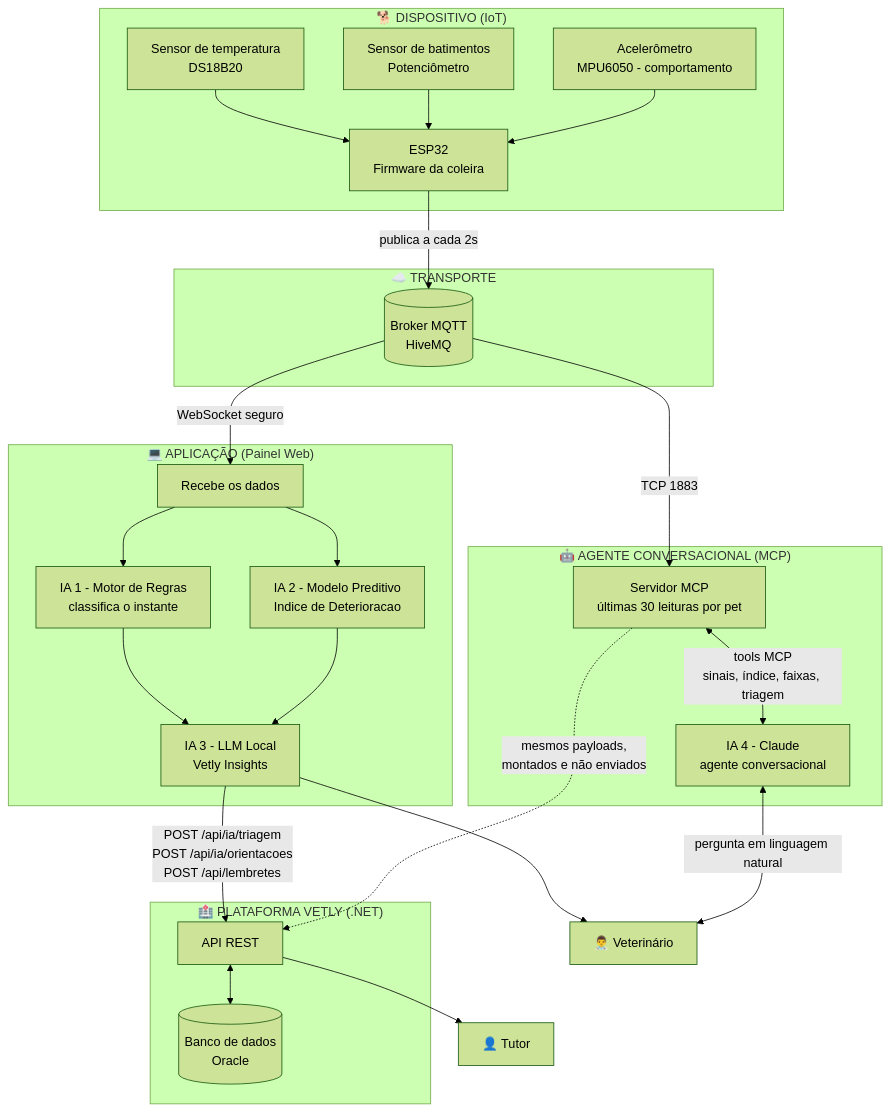
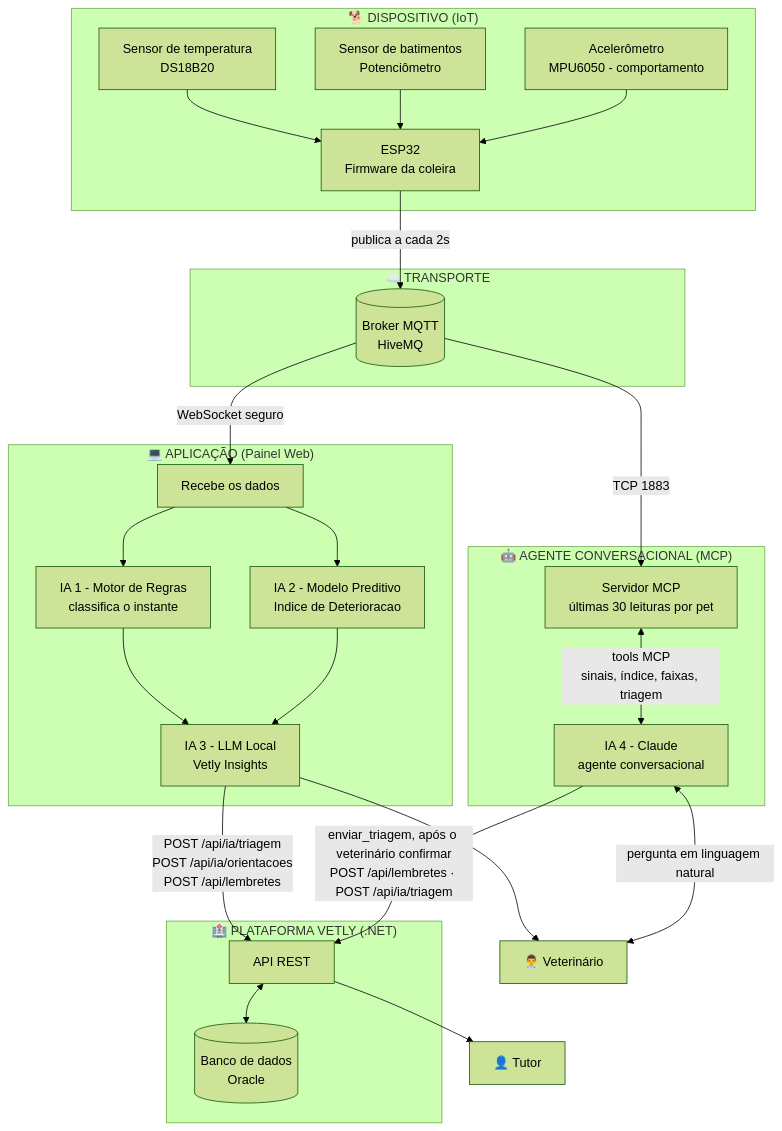
Before and after one commit to challenge-vetly/vetly-iot: the first of 3 diagrams in README.md, drawn with Mermaid (forest theme). The commit also changed other lines of this file and 1 other file, not shown here.

Commit message:
docs: integração com a API .NET e o Oracle, com a evidência da execução real

````diff
--- a/README.md
+++ b/README.md
@@ -79,51 +79,51 @@
 ```mermaid
 flowchart TB
     subgraph DISPOSITIVO["🐕 DISPOSITIVO (IoT)"]
         S1[Sensor de temperatura<br/>DS18B20]
         S2[Sensor de batimentos<br/>Potenciômetro]
         S3[Acelerômetro<br/>MPU6050 - comportamento]
         ESP[ESP32<br/>Firmware da coleira]
         S1 --> ESP
         S2 --> ESP
         S3 --> ESP
     end
 
     subgraph NUVEM["☁️ TRANSPORTE"]
         MQTT[(Broker MQTT<br/>HiveMQ)]
     end
 
     subgraph APP["💻 APLICAÇÃO (Painel Web)"]
         REC[Recebe os dados]
         IA1[IA 1 - Motor de Regras<br/>classifica o instante]
         IA2[IA 2 - Modelo Preditivo<br/>Indice de Deterioracao]
         IA3[IA 3 - LLM Local<br/>Vetly Insights]
         REC --> IA1
         REC --> IA2
         IA1 --> IA3
         IA2 --> IA3
     end
 
     subgraph AGENTE["🤖 AGENTE CONVERSACIONAL (MCP)"]
         MCPS[Servidor MCP<br/>últimas 30 leituras por pet]
         IA4[IA 4 - Claude<br/>agente conversacional]
         MCPS <-->|tools MCP<br/>sinais, índice, faixas, triagem| IA4
     end
 
     subgraph BACKEND["🏥 PLATAFORMA VETLY (.NET)"]
         API[API REST]
         DB[(Banco de dados<br/>Oracle)]
         API <--> DB
     end
 
     ESP -->|publica a cada 2s| MQTT
     MQTT -->|WebSocket seguro| REC
     MQTT -->|TCP 1883| MCPS
     IA3 -->|POST /api/ia/triagem<br/>POST /api/ia/orientacoes<br/>POST /api/lembretes| API
-    MCPS -.->|mesmos payloads,<br/>montados e não enviados| API
+    IA4 -->|enviar_triagem, após o veterinário confirmar<br/>POST /api/lembretes · POST /api/ia/triagem| API
 
     VET[👨‍⚕️ Veterinário]
     TUT[👤 Tutor]
     IA3 --> VET
     IA4 <-->|pergunta em linguagem natural| VET
     API --> TUT
 ```
````
